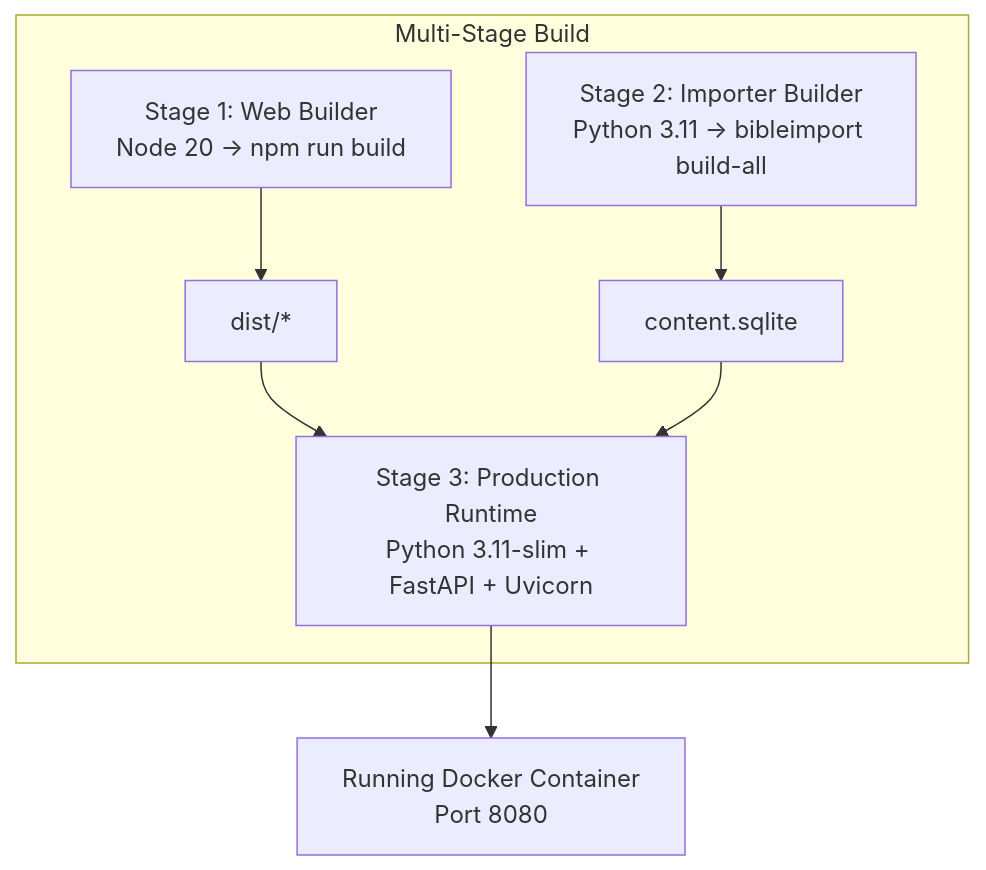
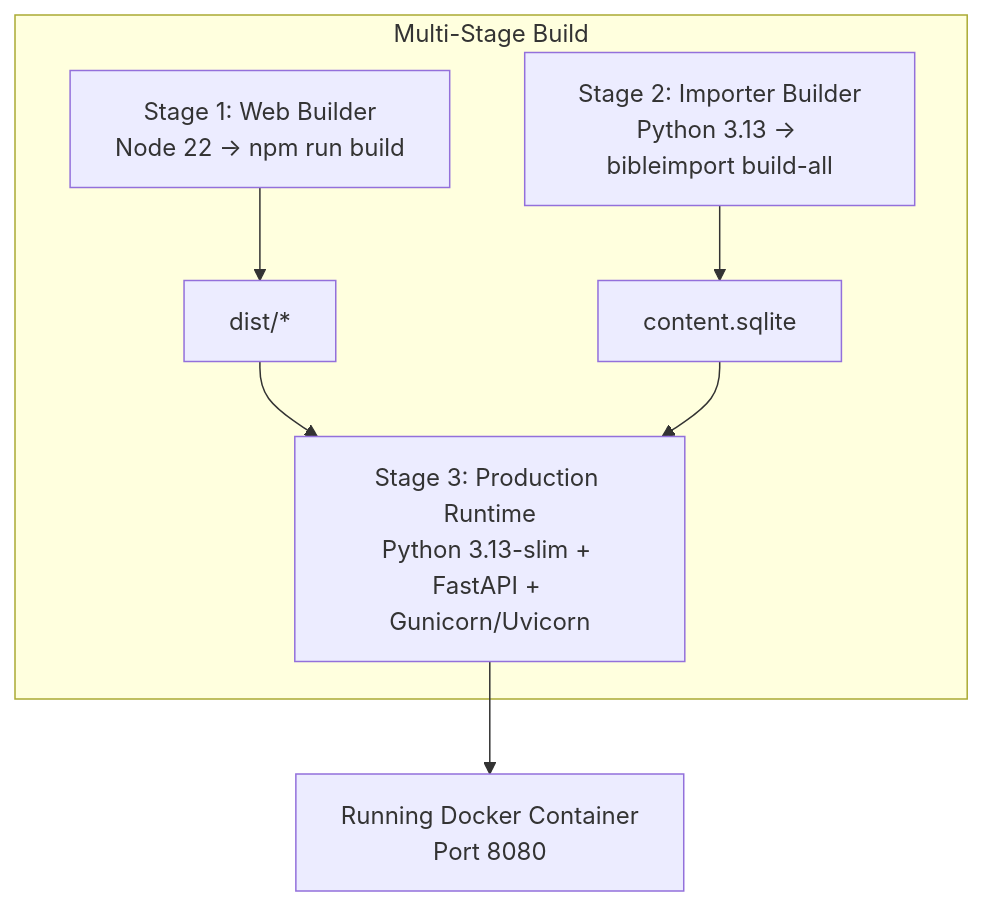
Before and after one commit to htrendafilov/DidacheDynamis: the diagram in docs/deployment/hosting-options.md, drawn with Mermaid. The commit also changed other lines of this file and 29 other files, not shown here.

````diff
--- a/docs/deployment/hosting-options.md
+++ b/docs/deployment/hosting-options.md
@@ -43,13 +48,13 @@
 ```mermaid
 flowchart TD
     subgraph Multi-Stage Build
-        Stage1[Stage 1: Web Builder\nNode 20 -> npm run build] --> Assets[dist/*]
-        Stage2[Stage 2: Importer Builder\nPython 3.11 -> bibleimport build-all] --> DBArtifact[content.sqlite]
+        Stage1[Stage 1: Web Builder\nNode 22 -> npm run build] --> Assets[dist/*]
+        Stage2[Stage 2: Importer Builder\nPython 3.13 -> bibleimport build-all] --> DBArtifact[content.sqlite]
         
-        Stage3[Stage 3: Production Runtime\nPython 3.11-slim + FastAPI + Uvicorn]
+        Stage3[Stage 3: Production Runtime\nPython 3.13-slim + FastAPI + Gunicorn/Uvicorn]
         Assets --> Stage3
         DBArtifact --> Stage3
     end
     
     Stage3 --> Container[Running Docker Container\nPort 8080]
 ```
````
